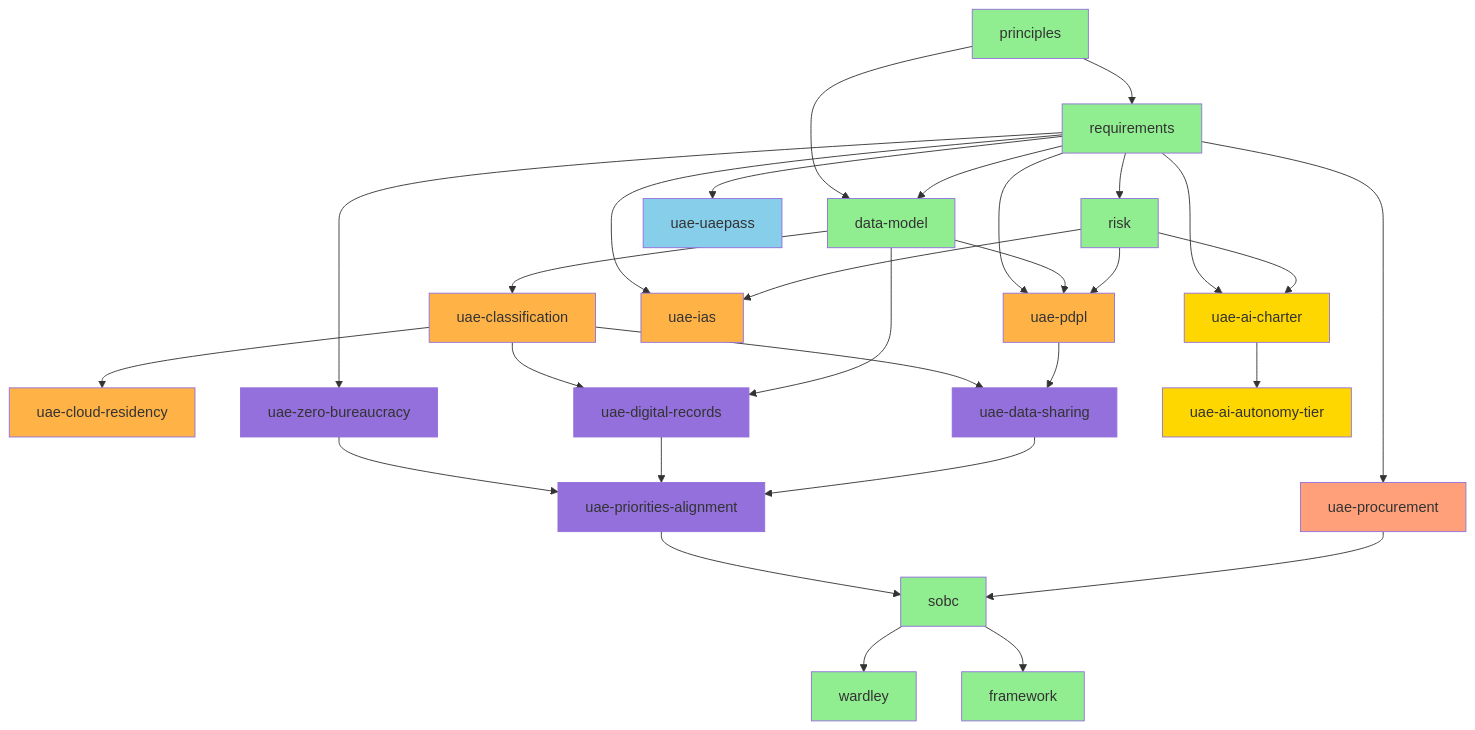
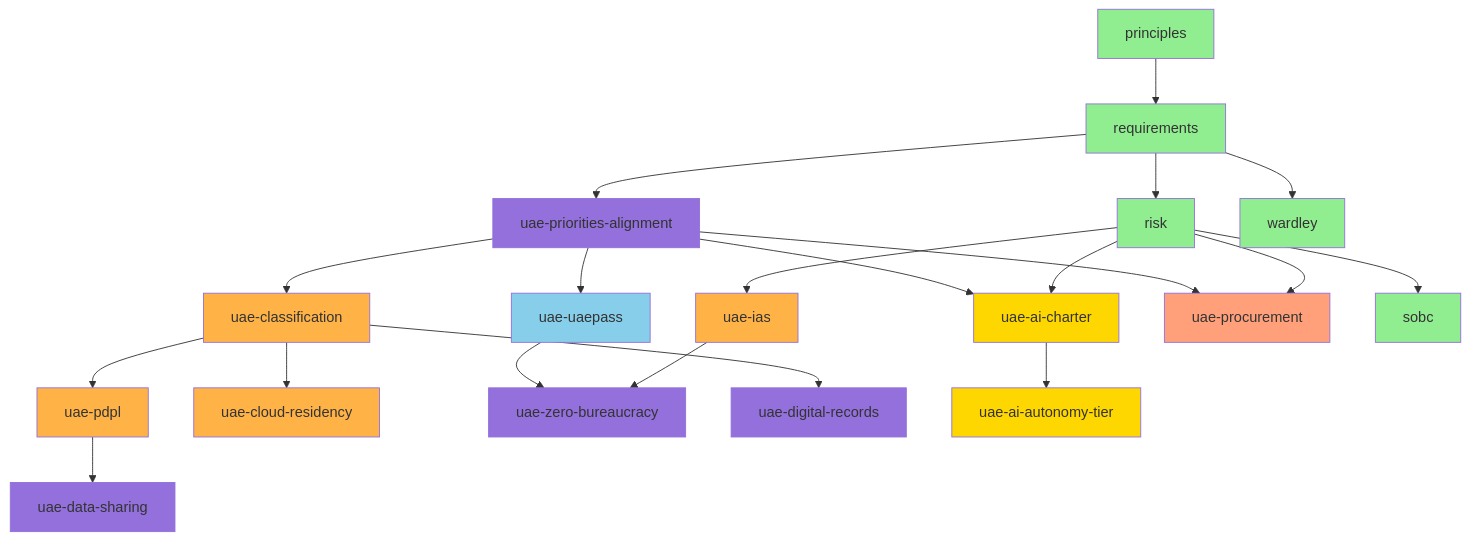
Before and after one commit to tractorjuice/arc-kit: the ninth of 14 diagrams in docs/WORKFLOW-DIAGRAMS.md, drawn with Mermaid. The commit also changed other lines of this file, not shown here.

First line of the commit message:
docs: redraw WORKFLOW-DIAGRAMS.md from the dependency data

````diff
--- a/docs/WORKFLOW-DIAGRAMS.md
+++ b/docs/WORKFLOW-DIAGRAMS.md
@@ -779,64 +1061,58 @@
 ```mermaid
 graph TD
-    %% Foundation
-    A[principles] --> B[requirements]
-    A --> C[data-model]
-    B --> C
-    B --> D[risk]
+    principles[principles]
+    requirements[requirements]
+    risk[risk]
+    uae_classification[uae-classification]
+    uae_pdpl[uae-pdpl]
+    uae_ias[uae-ias]
+    uae_cloud_residency[uae-cloud-residency]
+    uae_uaepass[uae-uaepass]
+    uae_zero_bureaucracy[uae-zero-bureaucracy]
+    uae_digital_records[uae-digital-records]
+    uae_data_sharing[uae-data-sharing]
+    uae_priorities_alignment[uae-priorities-alignment]
+    uae_ai_charter[uae-ai-charter]
+    uae_ai_autonomy_tier[uae-ai-autonomy-tier]
+    uae_procurement[uae-procurement]
+    sobc[sobc]
+    wardley[wardley]
 
-    %% UAE federal data + security
-    C --> E[uae-classification]
-    B --> F[uae-pdpl]
-    C --> F
-    D --> F
-    B --> G[uae-ias]
-    D --> G
-    E --> H[uae-cloud-residency]
+    principles --> requirements
+    requirements --> risk
+    uae_priorities_alignment --> uae_classification
+    uae_classification --> uae_pdpl
+    risk --> uae_ias
+    uae_classification --> uae_cloud_residency
+    uae_priorities_alignment --> uae_uaepass
+    uae_ias --> uae_zero_bureaucracy
+    uae_uaepass --> uae_zero_bureaucracy
+    uae_classification --> uae_digital_records
+    uae_pdpl --> uae_data_sharing
+    requirements --> uae_priorities_alignment
+    risk --> uae_ai_charter
+    uae_priorities_alignment --> uae_ai_charter
+    uae_ai_charter --> uae_ai_autonomy_tier
+    risk --> uae_procurement
+    uae_priorities_alignment --> uae_procurement
+    risk --> sobc
+    requirements --> wardley
 
-    %% UAE federal identity
-    B --> I[uae-uaepass]
-
-    %% UAE Cabinet instruments
-    B --> J[uae-zero-bureaucracy]
-    E --> K[uae-digital-records]
-    C --> K
-    E --> L[uae-data-sharing]
-    F --> L
-    J --> M[uae-priorities-alignment]
-    K --> M
-    L --> M
-
-    %% UAE AI governance
-    B --> N[uae-ai-charter]
-    D --> N
-    N --> O[uae-ai-autonomy-tier]
-
-    %% Procurement
-    B --> P[uae-procurement]
-
-    %% Cross-cutting downstream
-    M --> Q[sobc]
-    P --> Q
-    Q --> R[wardley]
-    Q --> S[framework]
-
-    style A fill:#90EE90
-    style B fill:#90EE90
-    style C fill:#90EE90
-    style D fill:#90EE90
-    style E fill:#FFB347
-    style F fill:#FFB347
-    style G fill:#FFB347
-    style H fill:#FFB347
-    style I fill:#87CEEB
-    style J fill:#9370DB
-    style K fill:#9370DB
-    style L fill:#9370DB
-    style M fill:#9370DB
-    style N fill:#FFD700
-    style O fill:#FFD700
-    style P fill:#FFA07A
-    style Q fill:#90EE90
-    style R fill:#90EE90
-    style S fill:#90EE90
+    style principles fill:#90EE90
+    style requirements fill:#90EE90
+    style risk fill:#90EE90
+    style uae_classification fill:#FFB347
+    style uae_pdpl fill:#FFB347
+    style uae_ias fill:#FFB347
+    style uae_cloud_residency fill:#FFB347
+    style uae_uaepass fill:#87CEEB
+    style uae_zero_bureaucracy fill:#9370DB
+    style uae_digital_records fill:#9370DB
+    style uae_data_sharing fill:#9370DB
+    style uae_priorities_alignment fill:#9370DB
+    style uae_ai_charter fill:#FFD700
+    style uae_ai_autonomy_tier fill:#FFD700
+    style uae_procurement fill:#FFA07A
+    style sobc fill:#90EE90
+    style wardley fill:#90EE90
 ```
````
